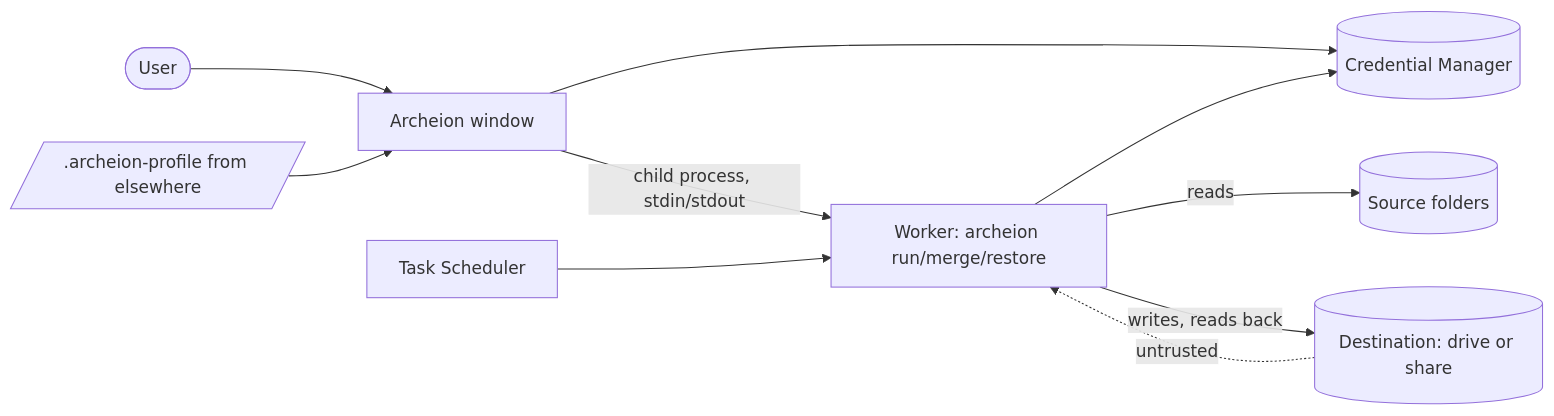
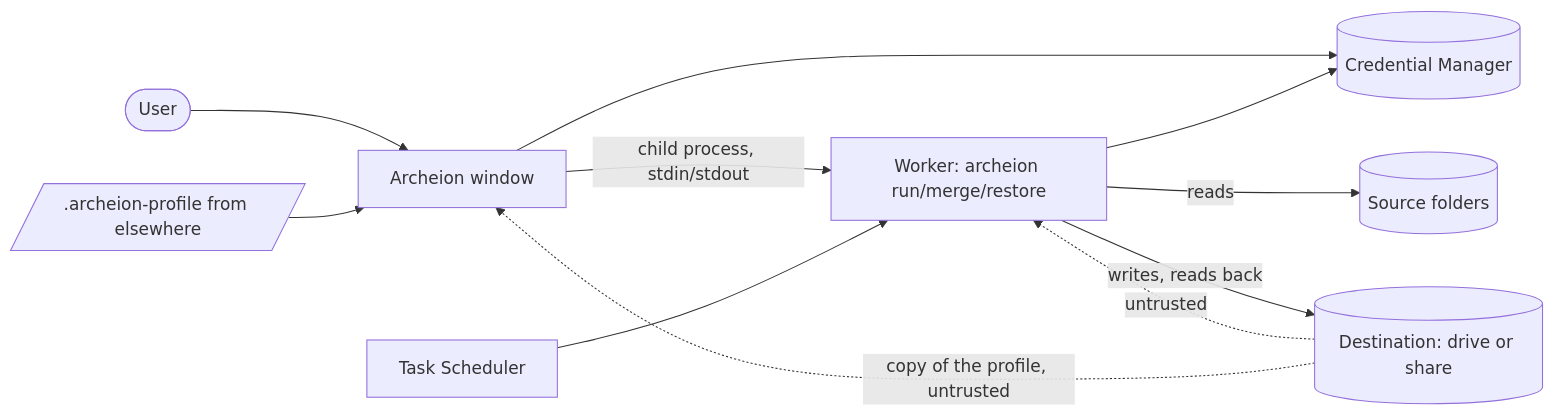
One commit to MR1999develop/Archeion changed the diagram in docs/threat-model.md. Above: the diagram before and after it, drawn with Mermaid. The commit also changed other lines of this file and 30 other files, not shown here.

````diff
--- a/docs/threat-model.md
+++ b/docs/threat-model.md
@@ -35,12 +36,13 @@
 ```mermaid
 flowchart LR
   user([User]) --> window[Archeion window]
   window -- "child process, stdin/stdout" --> worker[Worker: archeion run/merge/restore]
   tasks[Task Scheduler] --> worker
   window --> creds[(Credential Manager)]
   worker --> creds
   worker -- reads --> sources[(Source folders)]
   worker -- "writes, reads back" --> dest[(Destination: drive or share)]
   profile[/.archeion-profile from elsewhere/] --> window
   dest -. "untrusted" .-> worker
+  dest -. "copy of the profile, untrusted" .-> window
 ```
````
